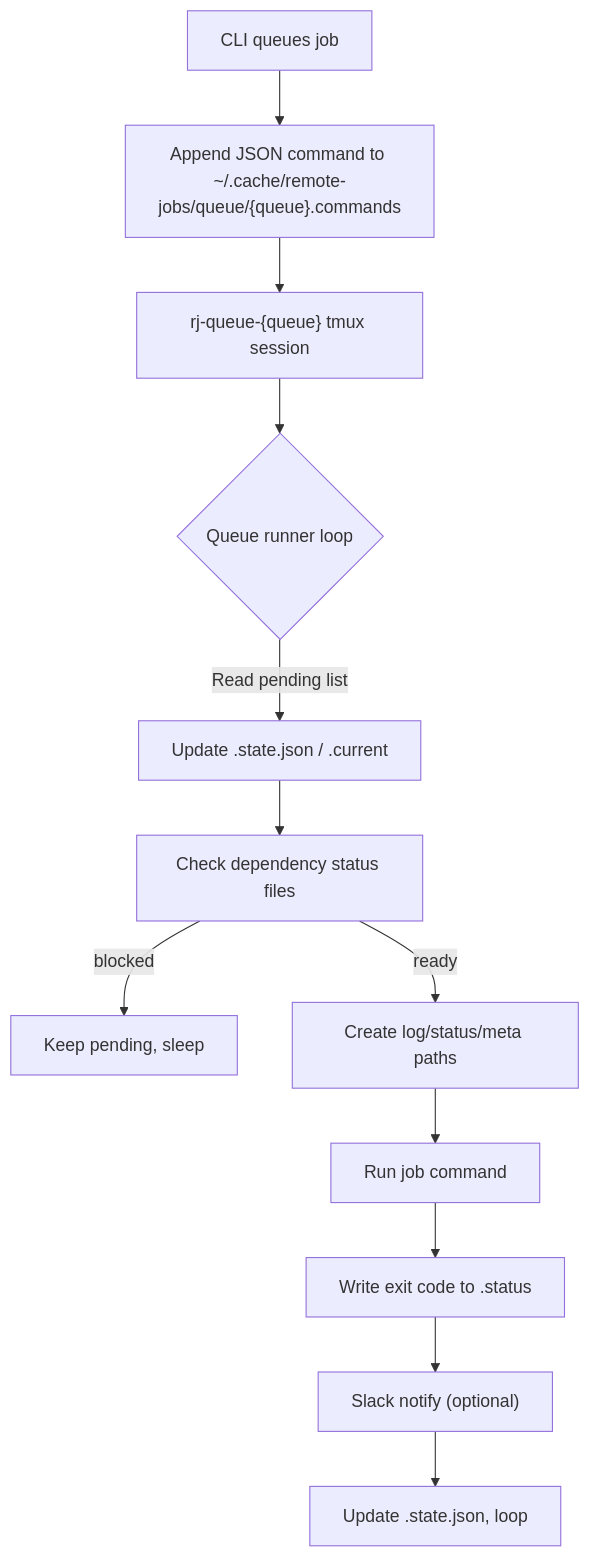
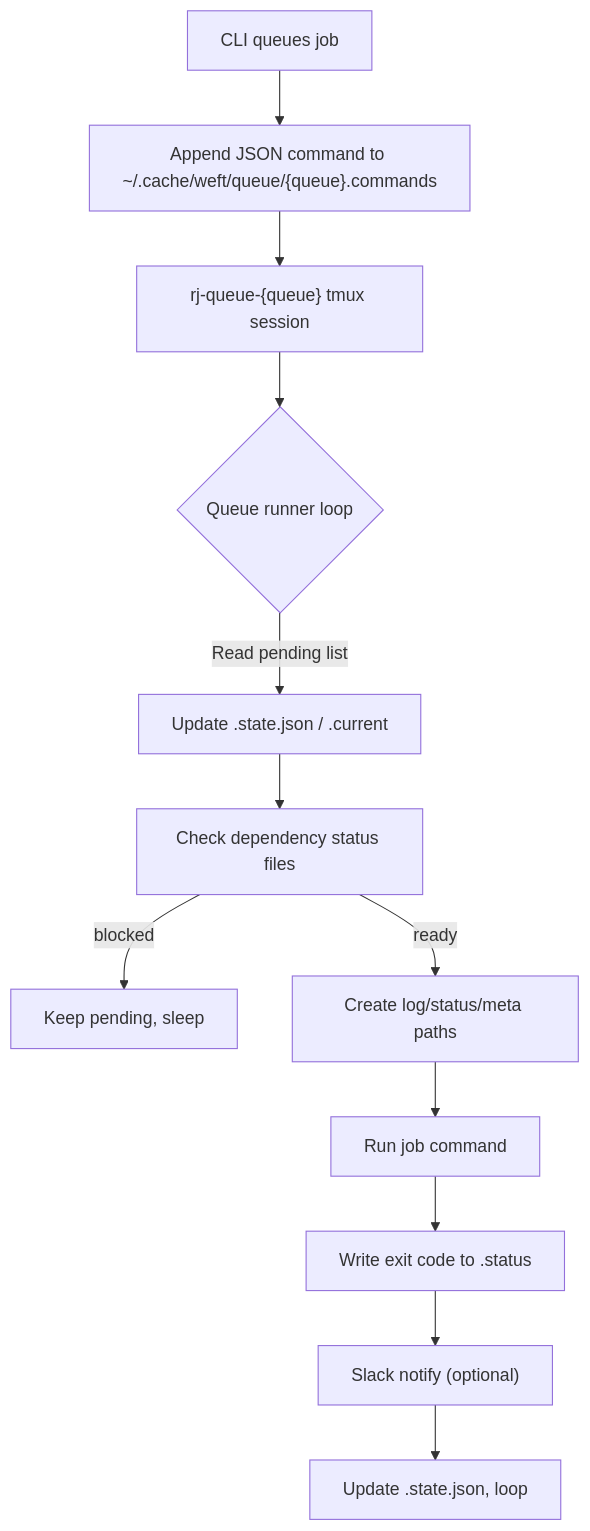
The second of 2 diagrams in docs/architecture.md (osteele/weft), drawn with Mermaid before and after one commit. The commit also changed other lines of this file and 135 other files, not shown here.

First line of the commit message:
refactor: rename remote-jobs to weft across entire codebase

````diff
--- a/docs/architecture.md
+++ b/docs/architecture.md
@@ -638,14 +638,14 @@
 ```mermaid
 flowchart TD
-    A[CLI queues job] --> B["Append JSON command to ~/.cache/remote-jobs/queue/{queue}.commands"]
+    A[CLI queues job] --> B["Append JSON command to ~/.cache/weft/queue/{queue}.commands"]
     B --> C["rj-queue-{queue} tmux session"]
     C --> D{Queue runner loop}
     D -->|Read pending list| E[Update .state.json / .current]
     E --> F[Check dependency status files]
     F -->|blocked| G[Keep pending, sleep]
     F -->|ready| H[Create log/status/meta paths]
     H --> I[Run job command]
     I --> J[Write exit code to .status]
     J --> K["Slack notify (optional)"]
     K --> L[Update .state.json, loop]
 ```
````
